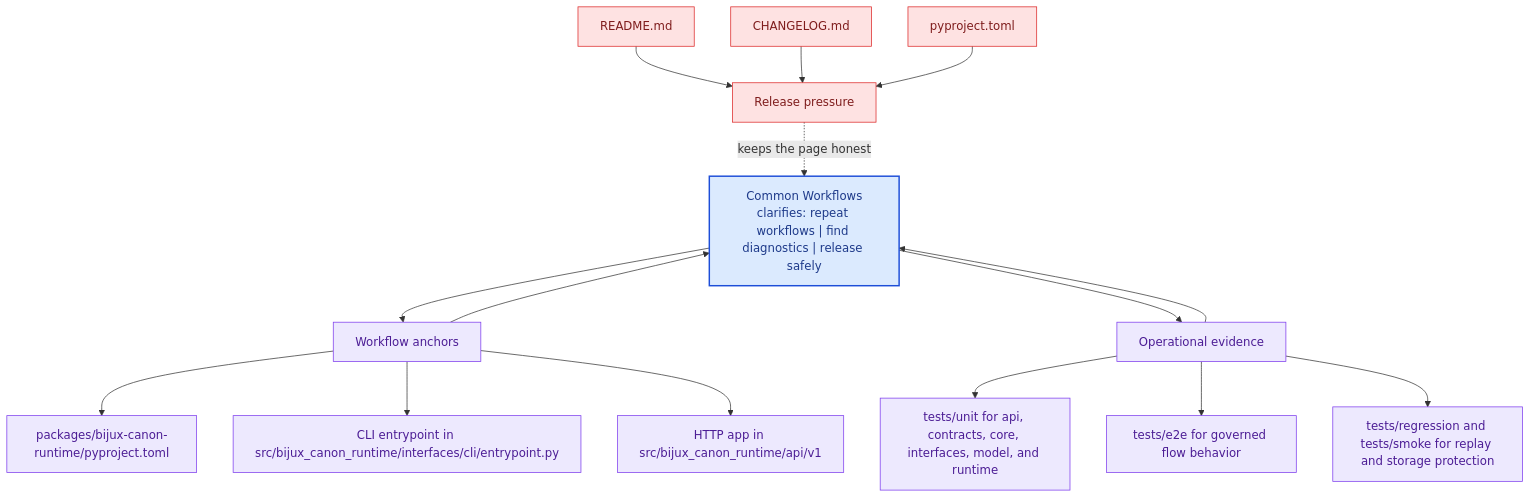
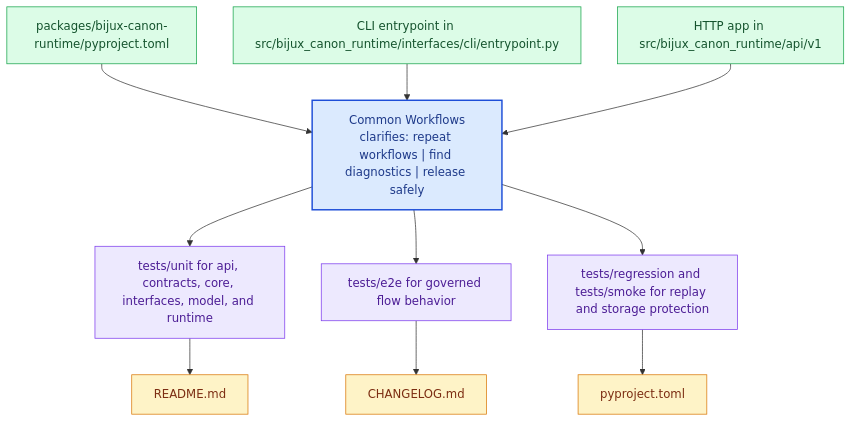
The diagram in docs/bijux-canon-runtime/operations/common-workflows.md (bijux/bijux-canon), drawn with Mermaid before and after one commit. The commit also changed other lines of this file and 281 other files, not shown here.

Commit message:
docs(diagrams): replace repeated mermaid scaffolds with page-specific summaries

````diff
--- a/docs/bijux-canon-runtime/operations/common-workflows.md
+++ b/docs/bijux-canon-runtime/operations/common-workflows.md
@@ -67,41 +22,31 @@
 ```mermaid
 flowchart TB
-    promise["Common Workflows<br/>clarifies: repeat workflows | find diagnostics | release safely"]
-    classDef promise fill:#dbeafe,stroke:#1d4ed8,color:#1e3a8a,stroke-width:2px;
-    classDef driver fill:#dcfce7,stroke:#16a34a,color:#14532d;
-    classDef constraint fill:#fee2e2,stroke:#dc2626,color:#7f1d1d;
-    classDef ground fill:#ede9fe,stroke:#7c3aed,color:#4c1d95;
-    focus1["Workflow anchors"]
-    focus1 --> promise
-    promise --> focus1
-    focus1_1["packages/bijux-canon-runtime/pyproject.toml"]
-    focus1 --> focus1_1
-    focus1_2["CLI entrypoint in src/bijux_canon_runtime/interfaces/cli/entrypoint.py"]
-    focus1 --> focus1_2
-    focus1_3["HTTP app in src/bijux_canon_runtime/api/v1"]
-    focus1 --> focus1_3
-    class focus1 ground;
-    class focus1_1,focus1_2,focus1_3 ground;
-    focus2["Operational evidence"]
-    focus2 --> promise
-    promise --> focus2
-    focus2_1["tests/unit for api, contracts, core, interfaces, model, and runtime"]
-    focus2 --> focus2_1
-    focus2_2["tests/e2e for governed flow behavior"]
-    focus2 --> focus2_2
-    focus2_3["tests/regression and tests/smoke for replay and storage protection"]
-    focus2 --> focus2_3
-    class focus2 ground;
-    class focus2_1,focus2_2,focus2_3 ground;
-    focus3["Release pressure"]
-    focus3 -.keeps the page honest.-> promise
-    focus3_1["README.md"]
-    focus3_1 --> focus3
-    focus3_2["CHANGELOG.md"]
-    focus3_2 --> focus3
-    focus3_3["pyproject.toml"]
-    focus3_3 --> focus3
-    class focus3 constraint;
-    class focus3_1,focus3_2,focus3_3 constraint;
-    class promise promise;
+    page["Common Workflows<br/>clarifies: repeat workflows | find diagnostics | release safely"]
+    classDef page fill:#dbeafe,stroke:#1d4ed8,color:#1e3a8a,stroke-width:2px;
+    classDef positive fill:#dcfce7,stroke:#16a34a,color:#14532d;
+    classDef caution fill:#fee2e2,stroke:#dc2626,color:#7f1d1d;
+    classDef anchor fill:#ede9fe,stroke:#7c3aed,color:#4c1d95;
+    classDef action fill:#fef3c7,stroke:#d97706,color:#7c2d12;
+    step1["packages/bijux-canon-runtime/pyproject.toml"]
+    step1 --> page
+    step2["CLI entrypoint in src/bijux_canon_runtime/interfaces/cli/entrypoint.py"]
+    step2 --> page
+    step3["HTTP app in src/bijux_canon_runtime/api/v1"]
+    step3 --> page
+    run1["tests/unit for api, contracts, core, interfaces, model, and runtime"]
+    page --> run1
+    run2["tests/e2e for governed flow behavior"]
+    page --> run2
+    run3["tests/regression and tests/smoke for replay and storage protection"]
+    page --> run3
+    release1["README.md"]
+    run1 --> release1
+    release2["CHANGELOG.md"]
+    run2 --> release2
+    release3["pyproject.toml"]
+    run3 --> release3
+    class page page;
+    class step1,step2,step3 positive;
+    class run1,run2,run3 anchor;
+    class release1,release2,release3 action;
 ```
````
